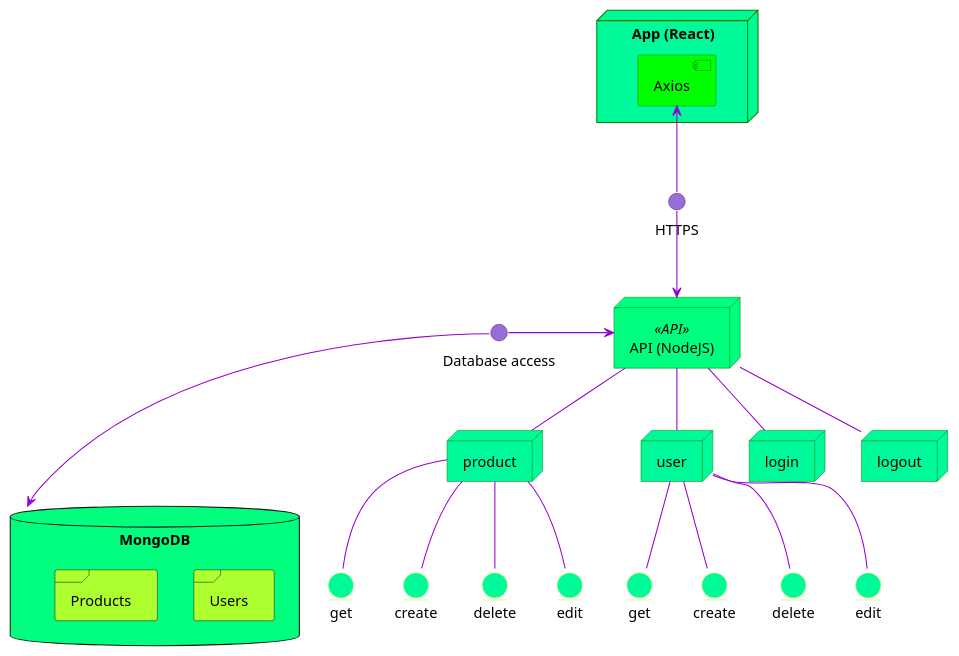
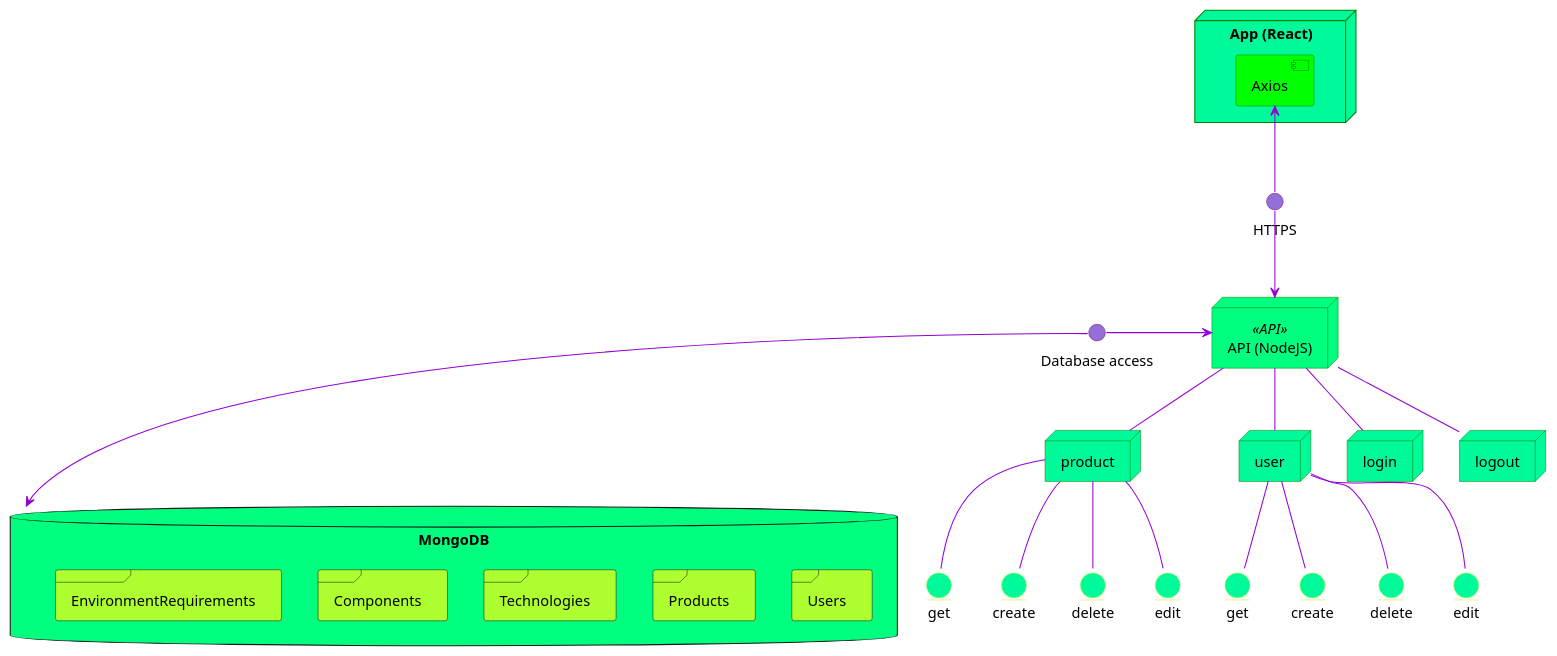
Before and after one commit to martimik/TuHlaRi-core: the diagram in dokumentit/03-suunnittelu-ja-toteutus/arkkitehtuuri-ja-tekninentoteutus.md, drawn with PlantUML.

```diff
--- a/dokumentit/03-suunnittelu-ja-toteutus/arkkitehtuuri-ja-tekninentoteutus.md
+++ b/dokumentit/03-suunnittelu-ja-toteutus/arkkitehtuuri-ja-tekninentoteutus.md
@@ -150,9 +150,19 @@
 
 database "MongoDB" {
     frame "Users" {
+        
     }
-
     frame "Products" {
+        
+    }
+    frame "Technologies" {
+        
+    }
+    frame "Components" {
+        
+    }
+    frame "EnvironmentRequirements" {
+        
     }
 }
   
```
